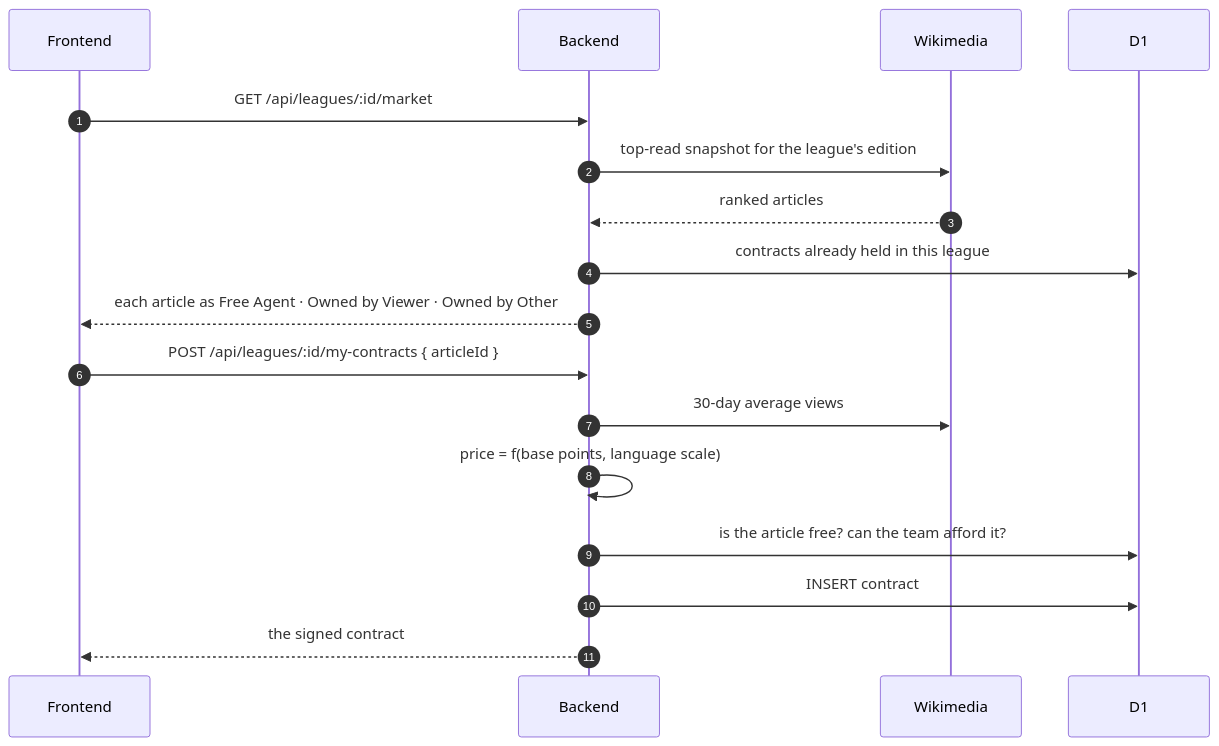
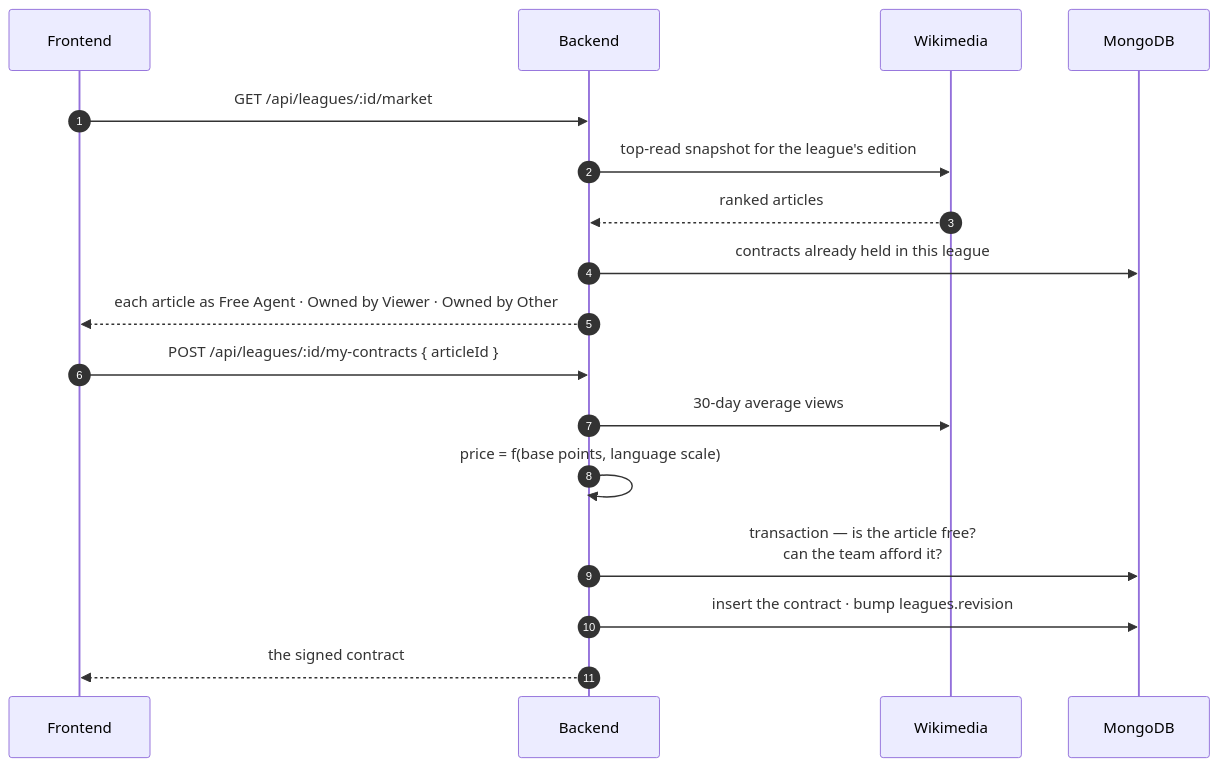
Before and after one commit to FantasyWiki/FantasyWiki: the third of 6 diagrams in docs/site/pages/architecture/data-flow.md, drawn with Mermaid. The commit also changed other lines of this file and 48 other files, not shown here.

````diff
--- a/docs/site/pages/architecture/data-flow.md
+++ b/docs/site/pages/architecture/data-flow.md
@@ -111,21 +120,21 @@
 ```mermaid
 sequenceDiagram
   autonumber
   participant FE as Frontend
   participant BE as Backend
   participant WM as Wikimedia
-  participant D1 as D1
+  participant DB as MongoDB
 
   FE->>BE: GET /api/leagues/:id/market
   BE->>WM: top-read snapshot for the league's edition
   WM-->>BE: ranked articles
-  BE->>D1: contracts already held in this league
+  BE->>DB: contracts already held in this league
   BE-->>FE: each article as Free Agent · Owned by Viewer · Owned by Other
 
   FE->>BE: POST /api/leagues/:id/my-contracts { articleId }
   BE->>WM: 30-day average views
   BE->>BE: price = f(base points, language scale)
-  BE->>D1: is the article free? can the team afford it?
-  BE->>D1: INSERT contract
+  BE->>DB: transaction — is the article free?<br/>can the team afford it?
+  BE->>DB: insert the contract · bump leagues.revision
   BE-->>FE: the signed contract
 ```
````
